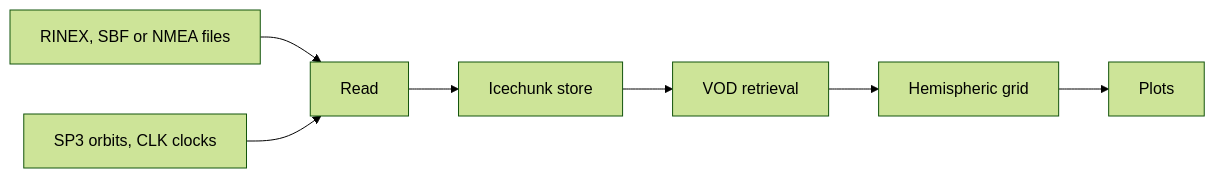
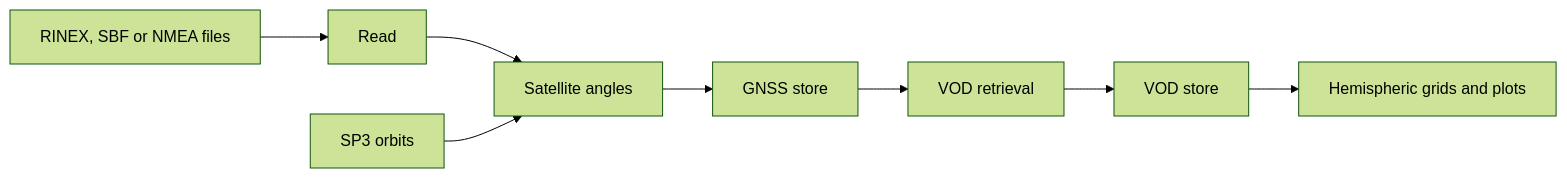
One commit to TUW-GEO/canvodpy changed the diagram in docs/index.md. Above: the diagram before and after it, drawn with Mermaid (forest theme). The commit also changed other lines of this file and 4 other files, not shown here.

First line of the commit message:
docs: dependency graphs by layer, from one script

````diff
--- a/docs/index.md
+++ b/docs/index.md
@@ -103,9 +103,10 @@
 ```mermaid
 flowchart LR
     FILES["RINEX, SBF or NMEA files"] --> READ["Read"]
-    ORBITS["SP3 orbits, CLK clocks"] --> READ
-    READ --> STORE["Icechunk store"]
-    STORE --> VOD["VOD retrieval"]
-    VOD --> GRID["Hemispheric grid"]
-    GRID --> PLOT["Plots"]
+    READ --> ANGLES["Satellite angles"]
+    ORBITS["SP3 orbits"] --> ANGLES
+    ANGLES --> GSTORE["GNSS store"]
+    GSTORE --> VOD["VOD retrieval"]
+    VOD --> VSTORE["VOD store"]
+    VSTORE --> PLOT["Hemispheric grids and plots"]
 ```
````
